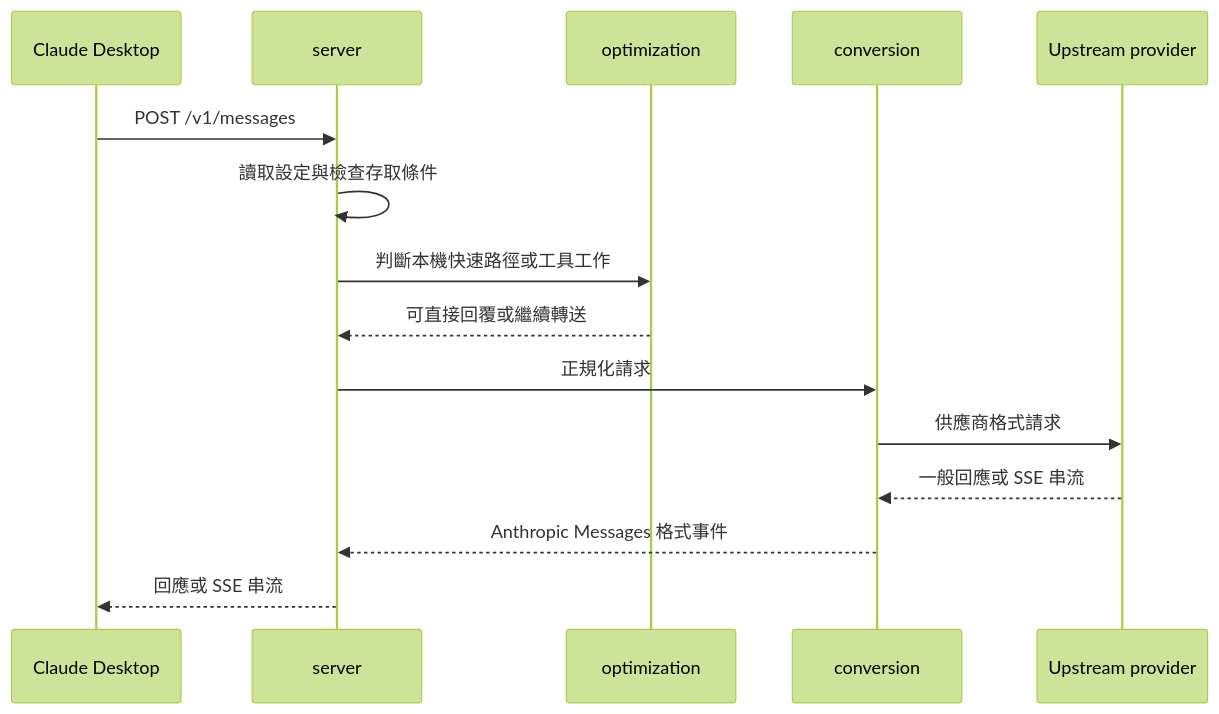
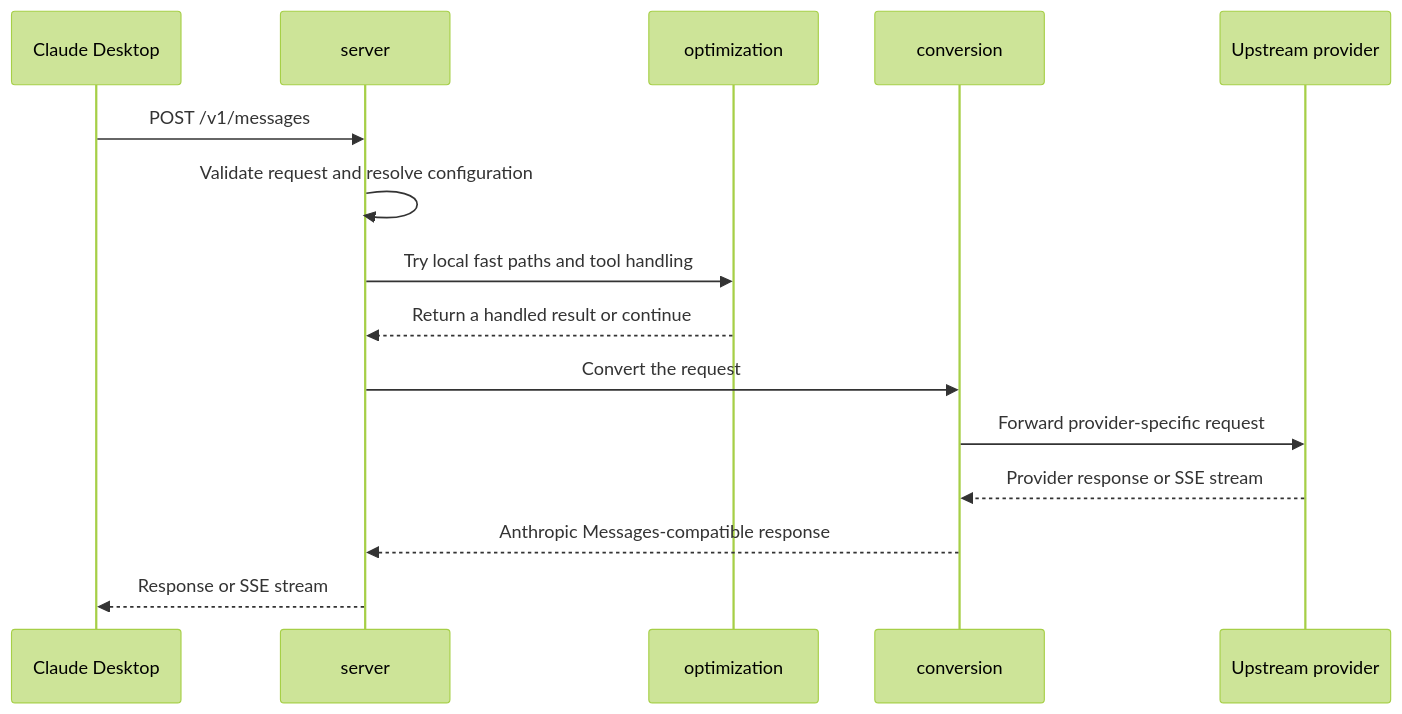
Before and after one commit to mushroomTW/FreeClaudeDesktop: the second of 2 diagrams in ARCHITECTURE.md, drawn with Mermaid (forest theme). The commit also changed other lines of this file and 1 other file, not shown here.

````diff
--- a/ARCHITECTURE.md
+++ b/ARCHITECTURE.md
@@ -47,18 +47,18 @@
 ```mermaid
 sequenceDiagram
     participant C as Claude Desktop
     participant S as server
     participant O as optimization
     participant V as conversion
     participant U as Upstream provider
 
     C->>S: POST /v1/messages
-    S->>S: 讀取設定與檢查存取條件
-    S->>O: 判斷本機快速路徑或工具工作
-    O-->>S: 可直接回覆或繼續轉送
-    S->>V: 正規化請求
-    V->>U: 供應商格式請求
-    U-->>V: 一般回應或 SSE 串流
-    V-->>S: Anthropic Messages 格式事件
-    S-->>C: 回應或 SSE 串流
+    S->>S: Validate request and resolve configuration
+    S->>O: Try local fast paths and tool handling
+    O-->>S: Return a handled result or continue
+    S->>V: Convert the request
+    V->>U: Forward provider-specific request
+    U-->>V: Provider response or SSE stream
+    V-->>S: Anthropic Messages-compatible response
+    S-->>C: Response or SSE stream
 ```
````
